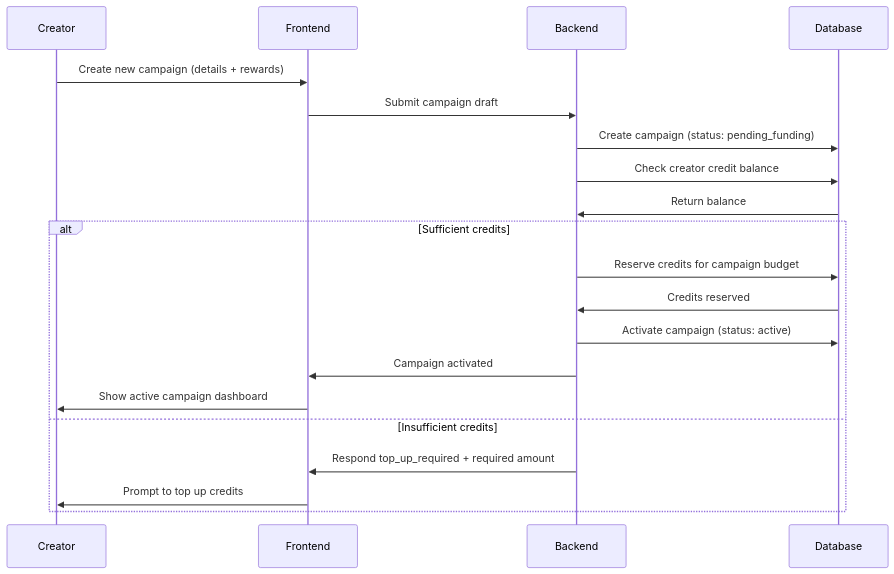
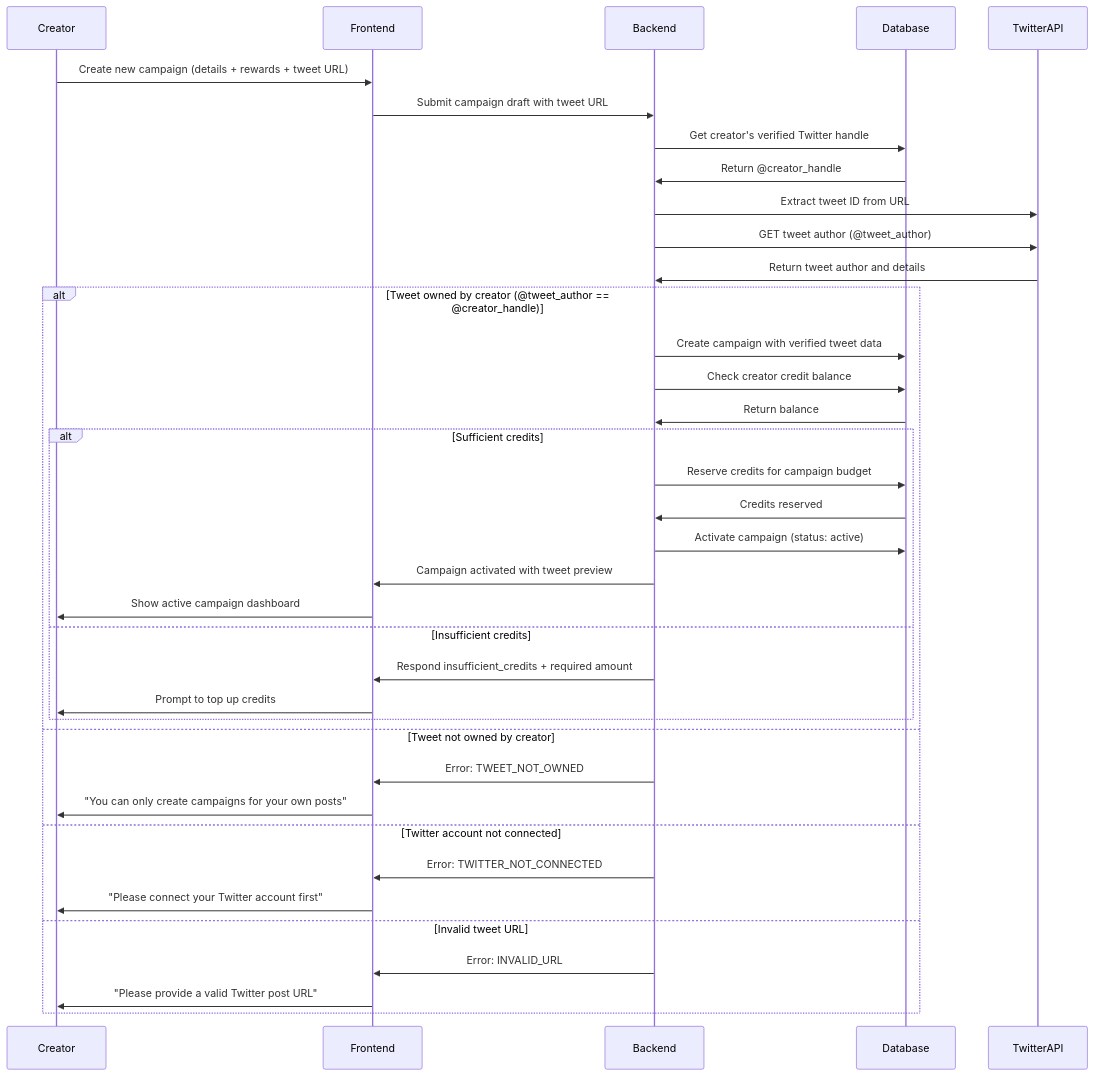
The second of 6 diagrams in technical/user-flow-implementation.md (ryanlhy/social-media-incentive-app), drawn with Mermaid before and after one commit. The commit also changed other lines of this file and 3 other files, not shown here.

````diff
--- a/technical/user-flow-implementation.md
+++ b/technical/user-flow-implementation.md
@@ -110,23 +110,41 @@
 ```mermaid
 sequenceDiagram
     participant Creator
     participant Frontend
     participant Backend
     participant Database
+    participant TwitterAPI
 
-    Creator->>Frontend: Create new campaign (details + rewards)
-    Frontend->>Backend: Submit campaign draft
-    Backend->>Database: Create campaign (status: pending_funding)
-    Backend->>Database: Check creator credit balance
-    Database->>Backend: Return balance
-    alt Sufficient credits
-        Backend->>Database: Reserve credits for campaign budget
-        Database->>Backend: Credits reserved
-        Backend->>Database: Activate campaign (status: active)
-        Backend->>Frontend: Campaign activated
-        Frontend->>Creator: Show active campaign dashboard
-    else Insufficient credits
-        Backend->>Frontend: Respond top_up_required + required amount
-        Frontend->>Creator: Prompt to top up credits
+    Creator->>Frontend: Create new campaign (details + rewards + tweet URL)
+    Frontend->>Backend: Submit campaign draft with tweet URL
+    Backend->>Database: Get creator's verified Twitter handle
+    Database->>Backend: Return @creator_handle
+    Backend->>TwitterAPI: Extract tweet ID from URL
+    Backend->>TwitterAPI: GET tweet author (@tweet_author)
+    TwitterAPI->>Backend: Return tweet author and details
+    
+    alt Tweet owned by creator (@tweet_author == @creator_handle)
+        Backend->>Database: Create campaign with verified tweet data
+        Backend->>Database: Check creator credit balance
+        Database->>Backend: Return balance
+        alt Sufficient credits
+            Backend->>Database: Reserve credits for campaign budget
+            Database->>Backend: Credits reserved
+            Backend->>Database: Activate campaign (status: active)
+            Backend->>Frontend: Campaign activated with tweet preview
+            Frontend->>Creator: Show active campaign dashboard
+        else Insufficient credits
+            Backend->>Frontend: Respond insufficient_credits + required amount
+            Frontend->>Creator: Prompt to top up credits
+        end
+    else Tweet not owned by creator
+        Backend->>Frontend: Error: TWEET_NOT_OWNED
+        Frontend->>Creator: "You can only create campaigns for your own posts"
+    else Twitter account not connected
+        Backend->>Frontend: Error: TWITTER_NOT_CONNECTED
+        Frontend->>Creator: "Please connect your Twitter account first"
+    else Invalid tweet URL
+        Backend->>Frontend: Error: INVALID_URL
+        Frontend->>Creator: "Please provide a valid Twitter post URL"
     end
 ```
````
